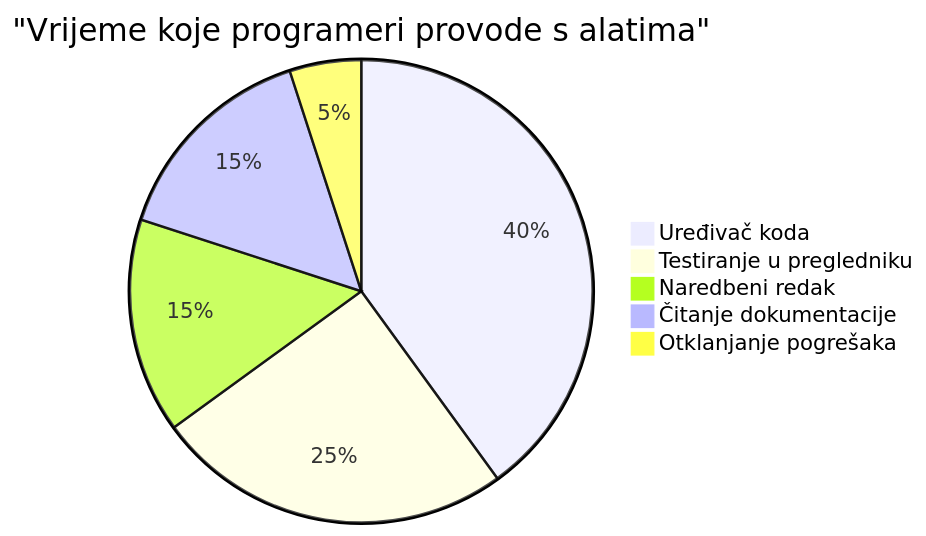
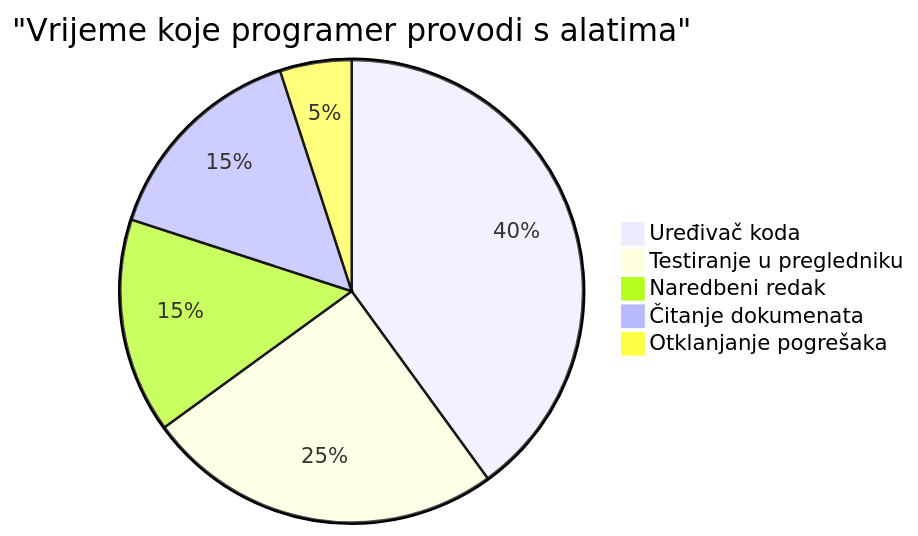
Before and after one commit to microsoft/Web-Dev-For-Beginners: the sixth of 7 diagrams in translations/hr/1-getting-started-lessons/1-intro-to-programming-languages/README.md, drawn with Mermaid. The commit also changed other lines of this file and 8 other files, not shown here.

````diff
--- a/translations/hr/1-getting-started-lessons/1-intro-to-programming-languages/README.md
+++ b/translations/hr/1-getting-started-lessons/1-intro-to-programming-languages/README.md
@@ -713,8 +711,8 @@
 ```mermaid
-pie title "Vrijeme koje programeri provode s alatima"
+pie title "Vrijeme koje programer provodi s alatima"
     "Uređivač koda" : 40
     "Testiranje u pregledniku" : 25
     "Naredbeni redak" : 15
-    "Čitanje dokumentacije" : 15
+    "Čitanje dokumenata" : 15
     "Otklanjanje pogrešaka" : 5
 ```
````
